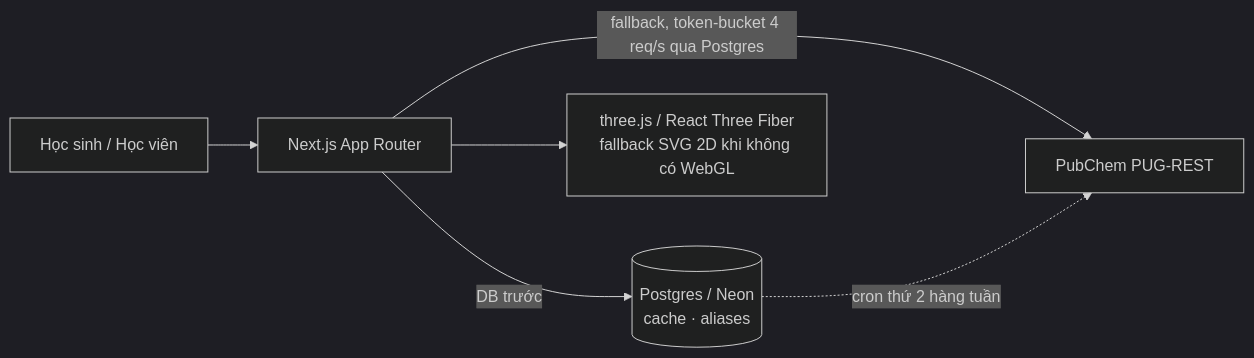
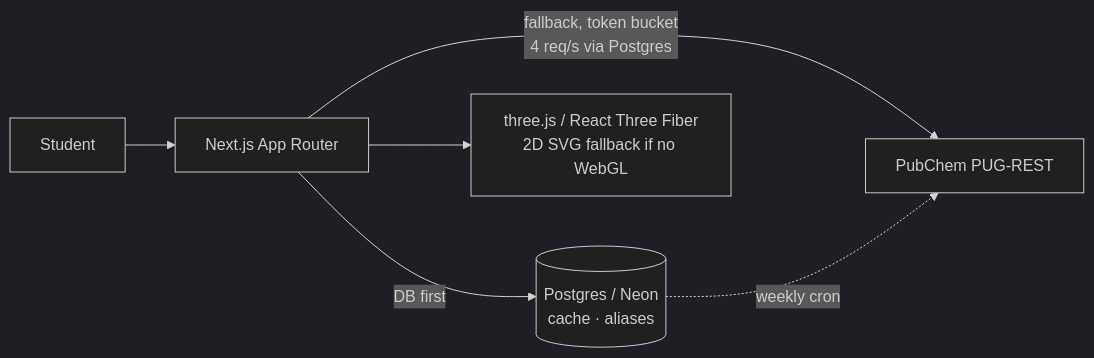
The diagram in README.md (minhtai0611/japanese-aesthetic-chemistry-simulation), drawn with Mermaid (dark theme) before and after one commit. The commit also changed other lines of this file, not shown here.

````diff
--- a/README.md
+++ b/README.md
@@ -29,8 +38,8 @@
 ```mermaid
 flowchart LR
-  U[Học sinh / Học viên] --> N[Next.js App Router]
-  N -->|DB trước| P[(Postgres / Neon<br/>cache · aliases)]
-  N -->|fallback, token-bucket 4 req/s qua Postgres| C[PubChem PUG-REST]
-  P -.->|cron thứ 2 hàng tuần| C
-  N --> W[three.js / React Three Fiber<br/>fallback SVG 2D khi không có WebGL]
+  U[Student] --> N[Next.js App Router]
+  N -->|DB first| P[(Postgres / Neon<br/>cache · aliases)]
+  N -->|fallback, token bucket<br/>4 req/s via Postgres| C[PubChem PUG-REST]
+  P -.->|weekly cron| C
+  N --> W[three.js / React Three Fiber<br/>2D SVG fallback if no WebGL]
 ```
````
